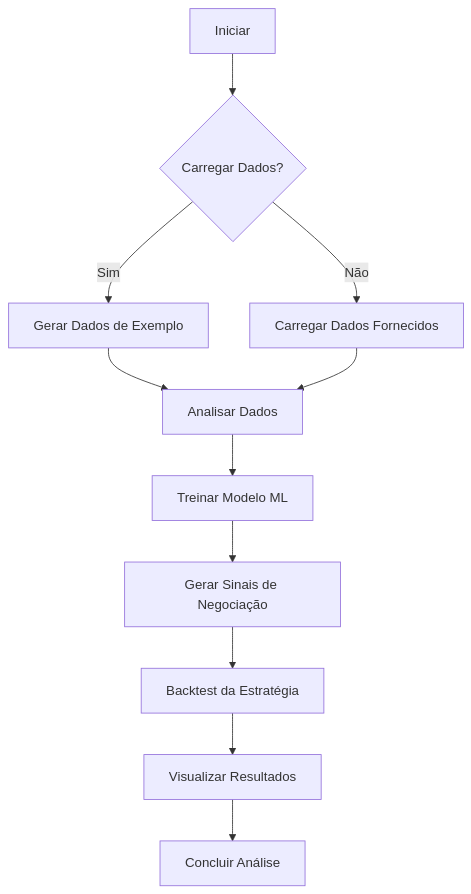
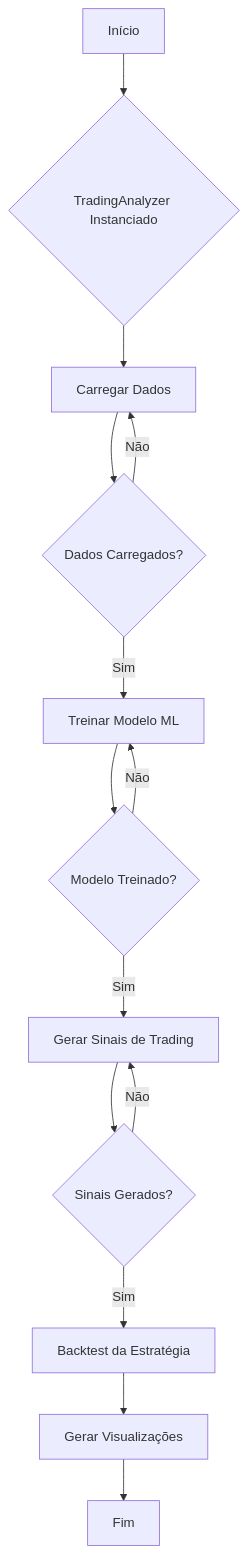
The diagram in docs/flowchart.md (galafis/Automated-Trading-Algorithm), drawn with Mermaid before and after one commit. The commit also changed 7 other files, not shown here.

````diff
--- a/docs/flowchart.md
+++ b/docs/flowchart.md
@@ -1,13 +1,16 @@
 ```mermaid
 graph TD
-    A[Iniciar] --> B{Carregar Dados?}
-    B -- Sim --> C[Gerar Dados de Exemplo]
-    B -- Não --> D[Carregar Dados Fornecidos]
-    C --> E[Analisar Dados]
-    D --> E
-    E --> F[Treinar Modelo ML]
-    F --> G[Gerar Sinais de Negociação]
-    G --> H[Backtest da Estratégia]
-    H --> I[Visualizar Resultados]
-    I --> J[Concluir Análise]
+    A[Início] --> B{TradingAnalyzer Instanciado}
+    B --> C[Carregar Dados]
+    C --> D{Dados Carregados?}
+    D -- Sim --> E[Treinar Modelo ML]
+    D -- Não --> C
+    E --> F{Modelo Treinado?}
+    F -- Sim --> G[Gerar Sinais de Trading]
+    F -- Não --> E
+    G --> H{Sinais Gerados?}
+    H -- Sim --> I[Backtest da Estratégia]
+    H -- Não --> G
+    I --> J[Gerar Visualizações]
+    J --> K[Fim]
 ```
````
